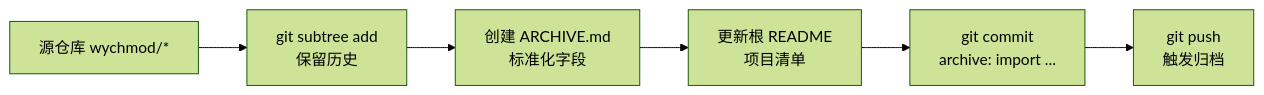
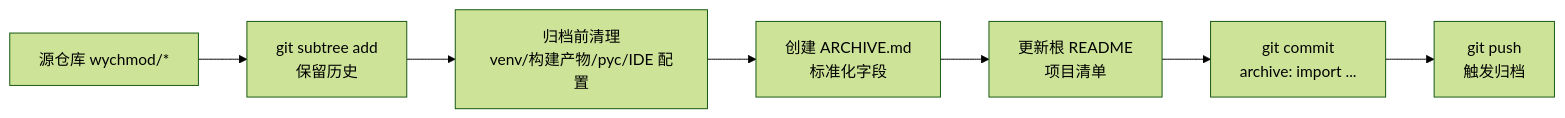
One commit to wychmod/archiving-project changed the diagram in README.md. Above: the diagram before and after it, drawn with Mermaid (forest theme). The commit also changed other lines of this file and 2 other files, not shown here.

First line of the commit message:
docs: require pre-archive cleanup and record authorized history purge

````diff
--- a/README.md
+++ b/README.md
@@ -178,8 +178,9 @@
 ```mermaid
 flowchart LR
     A["源仓库 wychmod/*"] --> B["git subtree add\n保留历史"]
-    B --> C["创建 ARCHIVE.md\n标准化字段"]
+    B --> B2["归档前清理\nvenv/构建产物/pyc/IDE 配置"]
+    B2 --> C["创建 ARCHIVE.md\n标准化字段"]
     C --> D["更新根 README\n项目清单"]
     D --> E["git commit\narchive: import ..."]
     E --> F["git push\n触发归档"]
 ```
````
